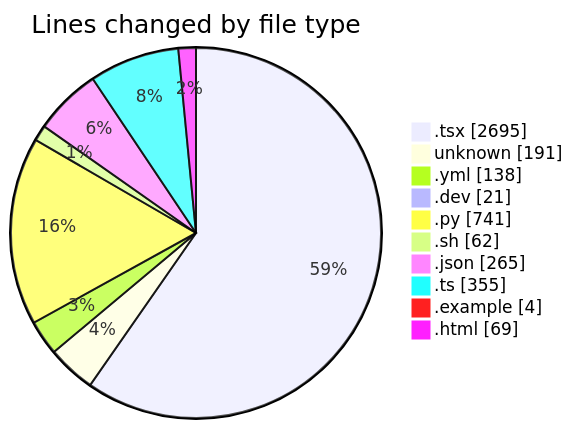
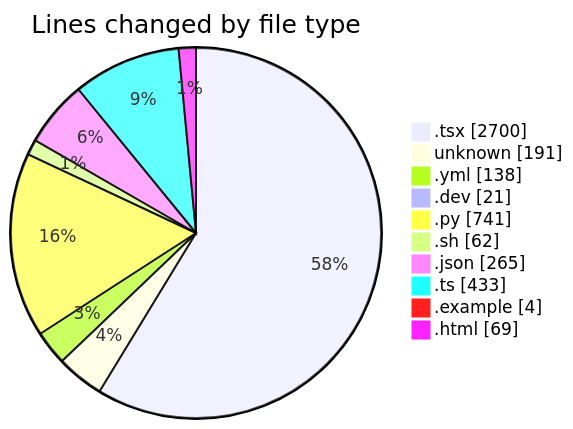
Before and after one commit to Elitesun/code-tracking: the first of 2 diagrams in 2025-05-18/niten/README.md, drawn with Mermaid. The commit also changed other lines of this file and 1 other file, not shown here.

````diff
--- a/2025-05-18/niten/README.md
+++ b/2025-05-18/niten/README.md
@@ -53,14 +53,14 @@
 ```mermaid
 pie showData
 title Lines changed by file type
-".tsx" : 2695
+".tsx" : 2700
 "unknown" : 191
 ".yml" : 138
 ".dev" : 21
 ".py" : 741
 ".sh" : 62
 ".json" : 265
-".ts" : 355
+".ts" : 433
 ".example" : 4
 ".html" : 69
 ```
````
